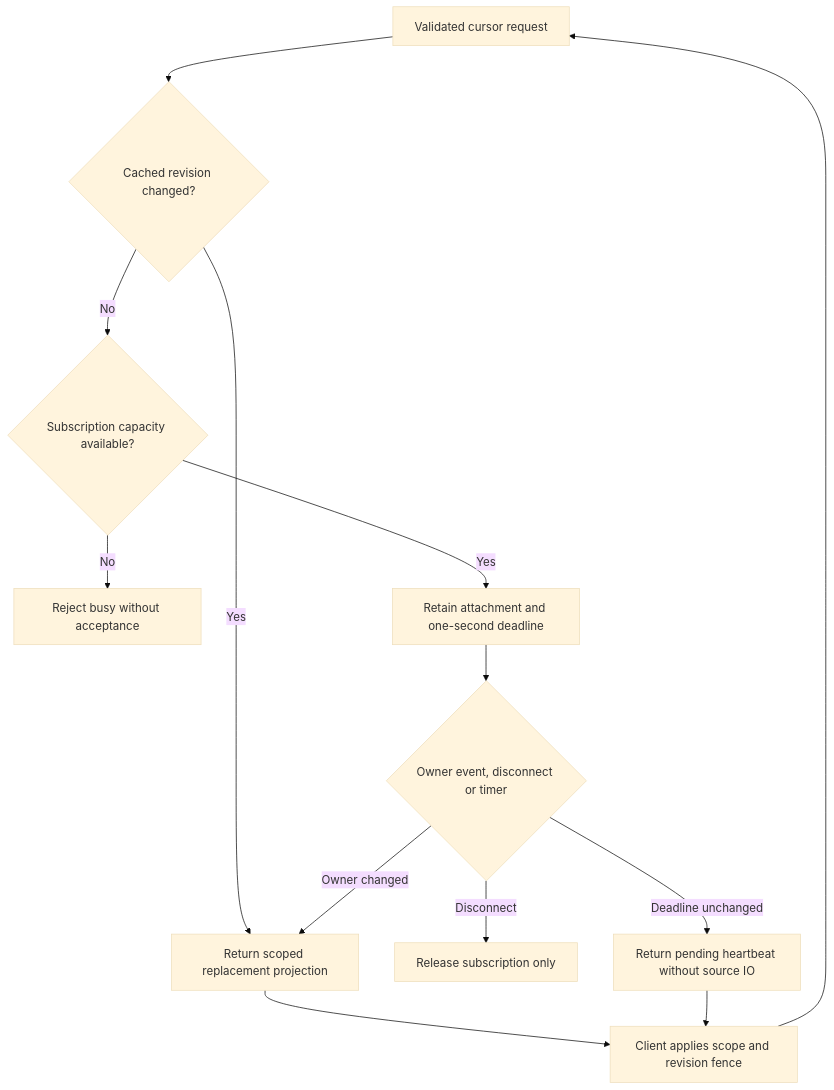
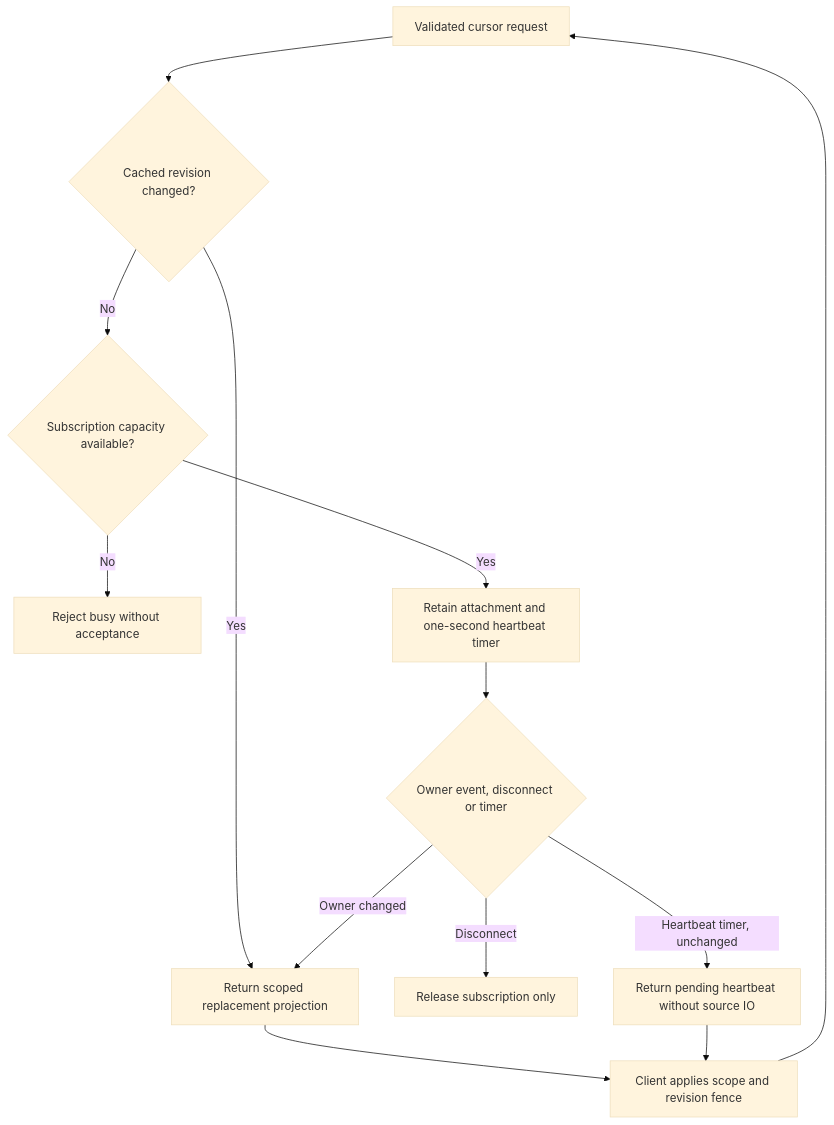
One commit to pidster/asura changed the fifth of 6 diagrams in docs/designs/event-routing.md. Above: the diagram before and after it, drawn with Mermaid (base theme). The commit also changed other lines of this file and 39 other files, not shown here.

````diff
--- a/docs/designs/event-routing.md
+++ b/docs/designs/event-routing.md
@@ -356,15 +386,15 @@
 ```mermaid
 flowchart TD
     R[Validated cursor request] --> V{Cached revision changed?}
     V -->|Yes| S[Return scoped replacement projection]
     V -->|No| Q{Subscription capacity available?}
     Q -->|No| B[Reject busy without acceptance]
-    Q -->|Yes| W[Retain attachment and one-second deadline]
+    Q -->|Yes| W[Retain attachment and one-second heartbeat timer]
     W --> E{Owner event, disconnect or timer}
     E -->|Disconnect| D[Release subscription only]
     E -->|Owner changed| S
-    E -->|Deadline unchanged| H[Return pending heartbeat without source IO]
+    E -->|Heartbeat timer, unchanged| H[Return pending heartbeat without source IO]
     S --> C[Client applies scope and revision fence]
     H --> C
     C --> R
 ```
````
